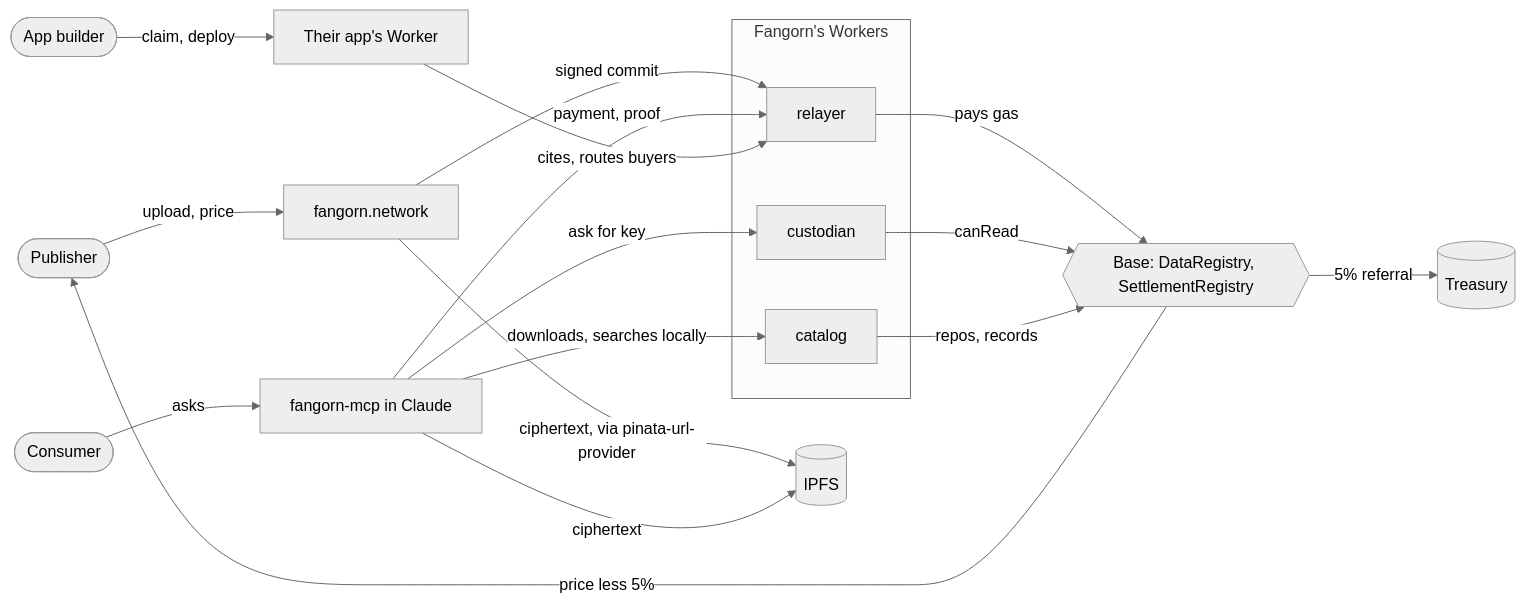
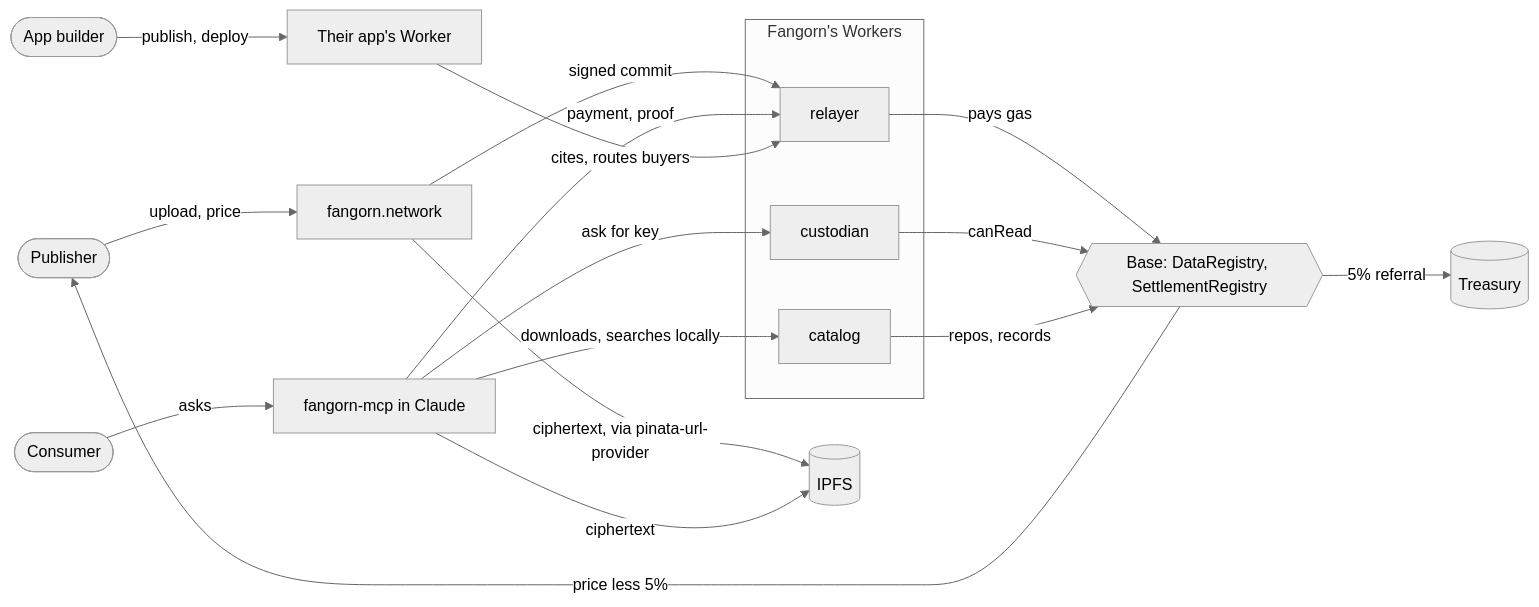
One commit to fangorn-network/fangorn changed the first of 2 diagrams in docs/PRODUCT.md. Above: the diagram before and after it, drawn with Mermaid (neutral theme). The commit also changed other lines of this file and 32 other files, not shown here.

````diff
--- a/docs/PRODUCT.md
+++ b/docs/PRODUCT.md
@@ -48,26 +48,26 @@
 ```mermaid
 flowchart LR
   P([Publisher]) -->|upload, price| Web[fangorn.network]
   C([Consumer]) -->|asks| MCP[fangorn-mcp in Claude]
-  B([App builder]) -->|claim, deploy| Own[Their app's Worker]
+  B([App builder]) -->|publish, deploy| Own[Their app's Worker]
 
   subgraph F[Fangorn's Workers]
     Cat[catalog]
     Cust[custodian]
     Relay[relayer]
   end
 
   Web -->|ciphertext, via pinata-url-provider| IPFS[(IPFS)]
   Web -->|signed commit| Relay
   MCP -->|downloads, searches locally| Cat
   MCP -->|payment, proof| Relay
   MCP -->|ask for key| Cust
   MCP -->|ciphertext| IPFS
   Own -->|cites, routes buyers| Relay
 
   Relay -->|pays gas| Chain{{"Base: DataRegistry, SettlementRegistry"}}
   Cust -->|canRead| Chain
   Cat -->|repos, records| Chain
   Chain -->|price less 5%| P
   Chain -->|5% referral| T[(Treasury)]
 ```
````
